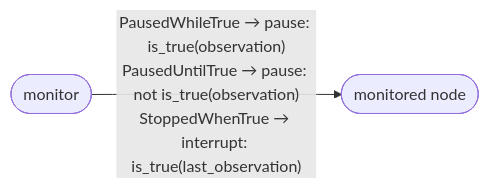
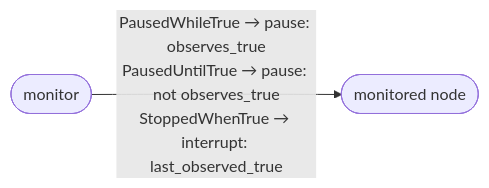
Before and after one commit to Tigul/cognitive_robot_abstract_machine: diagram 11 of 11 in giskardpy/doc/motion_statecharts.md, drawn with Mermaid. The commit also changed other lines of this file and 30 other files, not shown here.

Commit message:
refactor(motion_statechart): update conditions to replace `observation_variable` with `observes_true` and logical operations with binary predicates

````diff
--- a/giskardpy/doc/motion_statecharts.md
+++ b/giskardpy/doc/motion_statecharts.md
@@ -525,6 +524,6 @@
 ```{mermaid}
 flowchart LR
     monitor(["monitor"])
     node(["monitored node"])
-    monitor -- "PausedWhileTrue → pause: is_true(observation)<br/>PausedUntilTrue → pause: not is_true(observation)<br/>StoppedWhenTrue → interrupt: is_true(last_observation)" --> node
+    monitor -- "PausedWhileTrue → pause: observes_true<br/>PausedUntilTrue → pause: not observes_true<br/>StoppedWhenTrue → interrupt: last_observed_true" --> node
 ```
````
